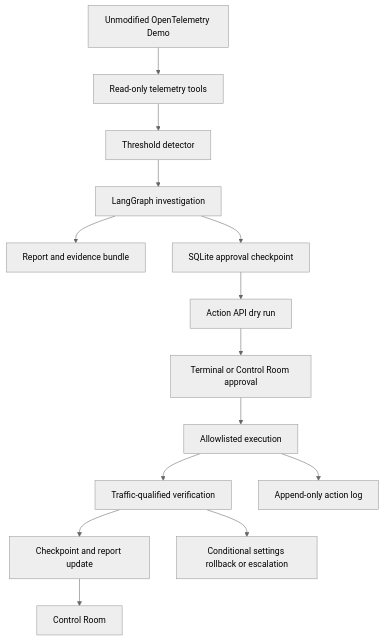
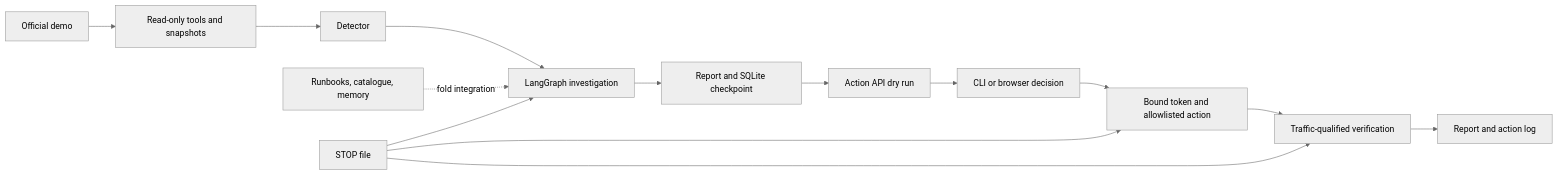
The diagram in docs/ARCHITECTURE.md (pes1ug23am910/incident-zero), drawn with Mermaid (neutral theme) before and after one commit. The commit also changed other lines of this file and 11 other files, not shown here.

````diff
--- a/docs/ARCHITECTURE.md
+++ b/docs/ARCHITECTURE.md
@@ -6,16 +7,16 @@
 ```mermaid
-flowchart TD
-  Demo[Unmodified OpenTelemetry Demo] --> Tools[Read-only telemetry tools]
-  Tools --> Detect[Threshold detector]
-  Detect --> Brain[LangGraph investigation]
-  Brain --> Bundle[Report and evidence bundle]
-  Brain --> Checkpoint[SQLite approval checkpoint]
-  Checkpoint --> DryRun[Action API dry run]
-  DryRun --> Human[Terminal or Control Room approval]
-  Human --> Action[Allowlisted execution]
-  Action --> Verify[Traffic-qualified verification]
-  Verify --> Final[Checkpoint and report update]
-  Verify --> Rollback[Conditional settings rollback or escalation]
-  Action --> Audit[Append-only action log]
-  Final --> UI[Control Room]
+flowchart LR
+  Demo[Official demo] --> Tools[Read-only tools and snapshots]
+  Tools --> Detect[Detector]
+  Detect --> Graph[LangGraph investigation]
+  KB[Runbooks, catalogue, memory] -. fold integration .-> Graph
+  Graph --> Report[Report and SQLite checkpoint]
+  Report --> Preview[Action API dry run]
+  Preview --> Human[CLI or browser decision]
+  Human --> Execute[Bound token and allowlisted action]
+  Execute --> Verify[Traffic-qualified verification]
+  Verify --> Final[Report and action log]
+  Stop[STOP file] --> Graph
+  Stop --> Execute
+  Stop --> Verify
 ```
````
